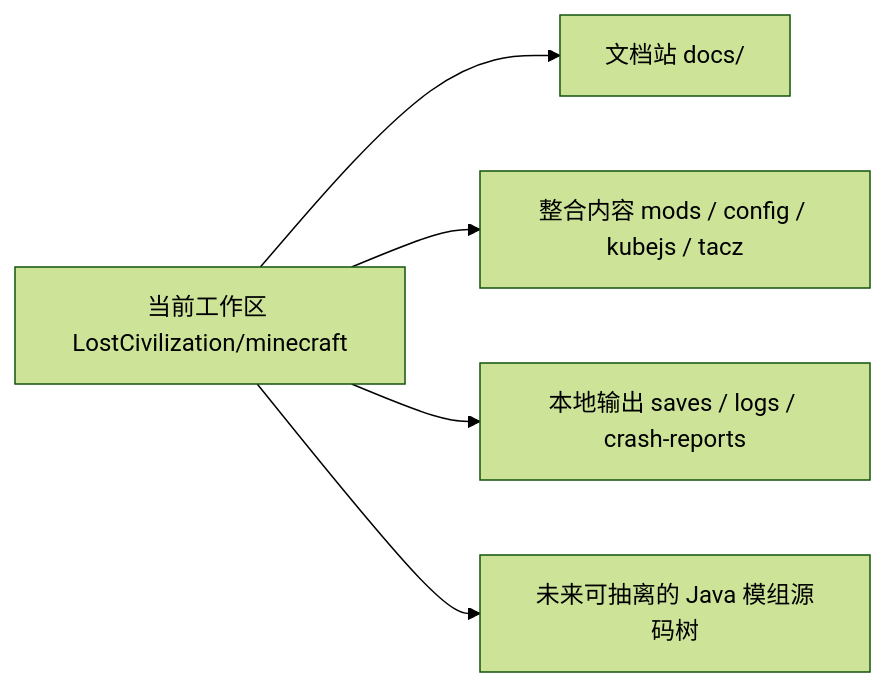
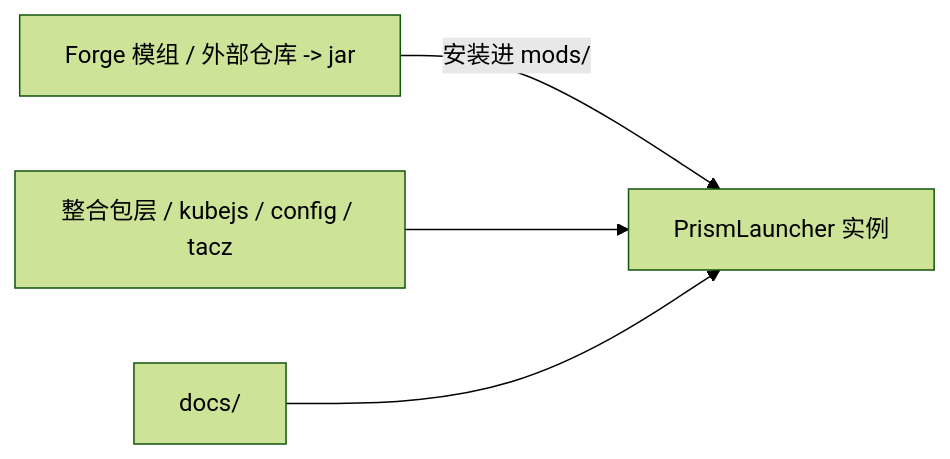
Before and after one commit to PickAID/LostCivilization: the diagram in docs/src/zh-CN/Developing/Architecture.md, drawn with Mermaid (forest theme). The commit also changed other lines of this file and 98 other files, not shown here.

````diff
--- a/docs/src/zh-CN/Developing/Architecture.md
+++ b/docs/src/zh-CN/Developing/Architecture.md
@@ -11,7 +17,6 @@
 ```mermaid
 flowchart LR
-    Root["当前工作区 LostCivilization/minecraft"] --> Docs["文档站 docs/"]
-    Root --> Pack["整合内容 mods / config / kubejs / tacz"]
-    Root --> Local["本地输出 saves / logs / crash-reports"]
-    Root --> Future["未来可抽离的 Java 模组源码树"]
+    JavaMod["Forge 模组 / 外部仓库 -> jar"] -->|"安装进 mods/"| Instance["PrismLauncher 实例"]
+    Pack["整合包层 / kubejs / config / tacz"] --> Instance
+    Docs["docs/"] --> Instance
 ```
````
